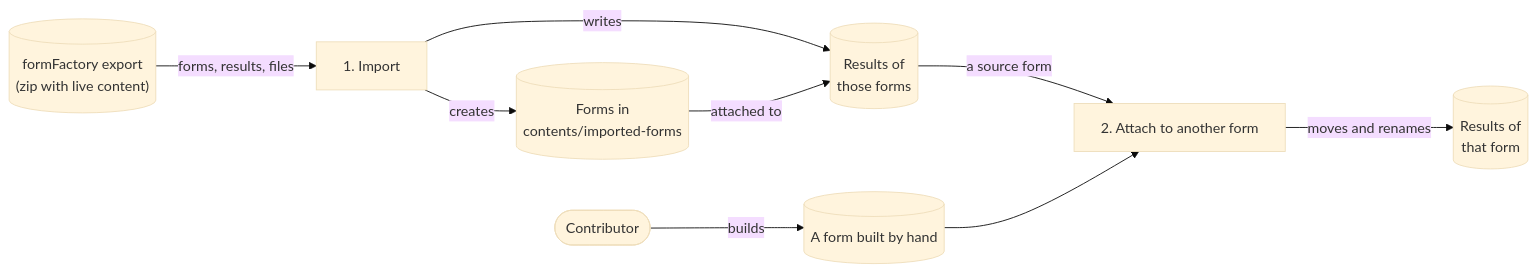
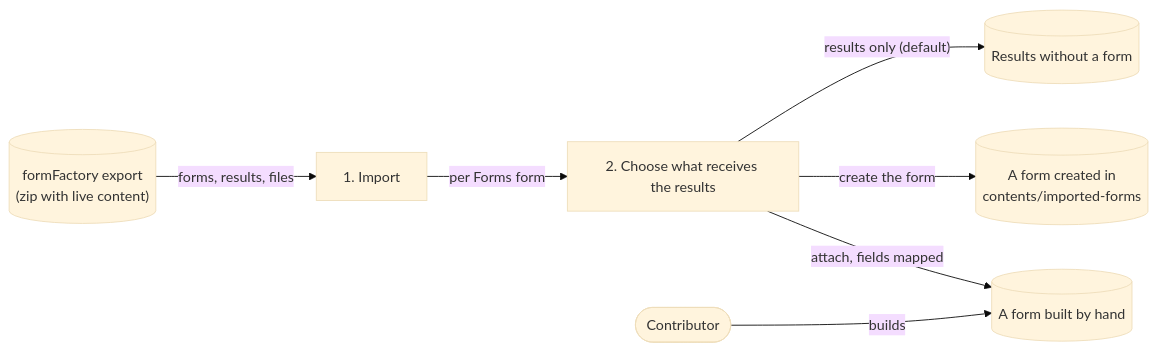
Before and after one commit to Jahia/formidable: the first of 3 diagrams in docs/architecture/forms-import.md, drawn with Mermaid (base theme). The commit also changed other lines of this file and 2 other files, not shown here.

Commit message:
fix: review on the removal of the entry action: leftover attachment jobs dropped, an unknown job state read as failed, the overview of iteration 2
An instance that ran a development build of the action may hold attach-* job nodes: the reconciliation of
the jobs drops them, and a state this version does not know reads as failed instead of failing the dialog.
The overview of the specification presents iteration 2 as what it delivers, the choice at import time.

````diff
--- a/docs/architecture/forms-import.md
+++ b/docs/architecture/forms-import.md
@@ -17,20 +17,17 @@
 ```mermaid
 flowchart LR
     export[("formFactory export<br/>(zip with live content)")]
     it1["1. Import"]
-    forms[("Forms in<br/>contents/imported-forms")]
-    results[("Results of<br/>those forms")]
-    it2["2. Attach to another form"]
+    it2["2. Choose what receives the results"]
+    forms[("A form created in<br/>contents/imported-forms")]
+    alone[("Results without a form")]
     contributor(["Contributor"])
     hand[("A form built by hand")]
-    attached[("Results of<br/>that form")]
 
     export -- "forms, results, files" --> it1
-    it1 -- "creates" --> forms
-    it1 -- "writes" --> results
-    forms -- "attached to" --> results
+    it1 -- "per Forms form" --> it2
+    it2 -- "results only (default)" --> alone
+    it2 -- "create the form" --> forms
     contributor -- "builds" --> hand
-    results -- "a source form" --> it2
-    hand --> it2
-    it2 -- "moves and renames" --> attached
+    it2 -- "attach, fields mapped" --> hand
 ```
````
